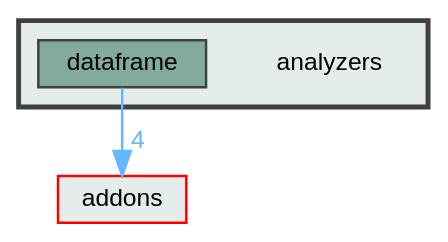
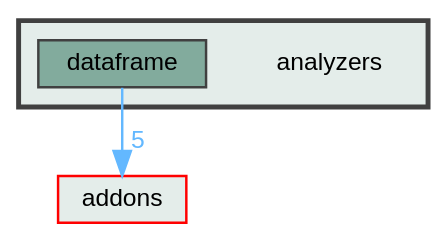
One commit to FCC-LLP/FCCAnalyses changed the diagram in doc/latest/dir_3d03528d2400acc3fc02bc2b11bada0c_dep.dot. Above: the diagram before and after it, drawn with Graphviz. The commit also changed 58 other files, not shown here.

```diff
--- a/doc/latest/dir_3d03528d2400acc3fc02bc2b11bada0c_dep.dot
+++ b/doc/latest/dir_3d03528d2400acc3fc02bc2b11bada0c_dep.dot
@@ -1,15 +1,15 @@
 digraph "analyzers"
 {
  // LATEX_PDF_SIZE
   bgcolor="transparent";
   edge [fontname=Helvetica,fontsize=10,labelfontname=Helvetica,labelfontsize=10];
   node [fontname=Helvetica,fontsize=10,shape=box,height=0.2,width=0.4];
   compound=true
   subgraph clusterdir_3d03528d2400acc3fc02bc2b11bada0c {
     graph [ bgcolor="#e4edea", pencolor="grey25", label="", fontname=Helvetica,fontsize=10 style="filled,bold", URL="dir_3d03528d2400acc3fc02bc2b11bada0c.html",tooltip=""]
     dir_3d03528d2400acc3fc02bc2b11bada0c [shape=plaintext, label="analyzers"];
   dir_80d0d0eb77b8b32422d353741e959c30 [label="dataframe", fillcolor="#82ab9d", color="grey25", style="filled", URL="dir_80d0d0eb77b8b32422d353741e959c30.html",tooltip=""];
   }
   dir_1233bc0a3e869c10318208e4553a4fcb [label="addons", fillcolor="#e4edea", color="red", style="filled", URL="dir_1233bc0a3e869c10318208e4553a4fcb.html",tooltip=""];
-  dir_80d0d0eb77b8b32422d353741e959c30->dir_1233bc0a3e869c10318208e4553a4fcb [headlabel="4", labeldistance=1.5 headhref="dir_000004_000000.html" href="dir_000004_000000.html" color="steelblue1" fontcolor="steelblue1"];
+  dir_80d0d0eb77b8b32422d353741e959c30->dir_1233bc0a3e869c10318208e4553a4fcb [headlabel="5", labeldistance=1.5 headhref="dir_000004_000000.html" href="dir_000004_000000.html" color="steelblue1" fontcolor="steelblue1"];
 }
```
